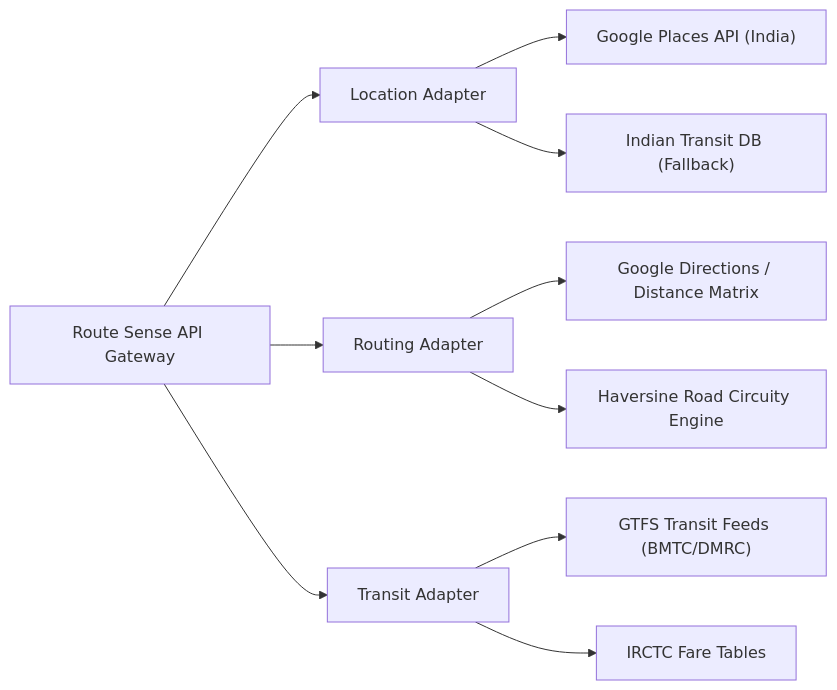
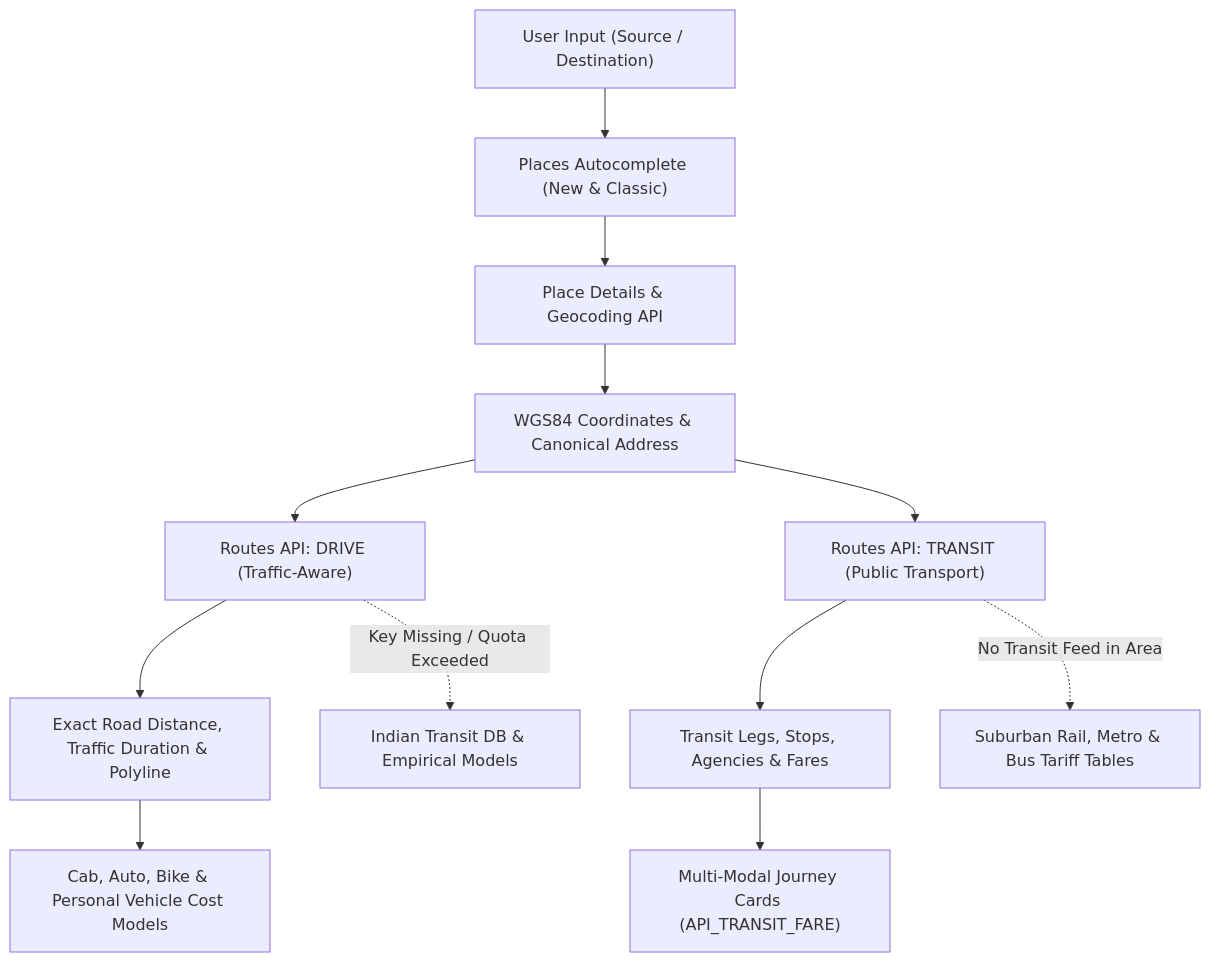
The diagram in docs/PROVIDER_INTEGRATIONS.md (devanshsoni1094-lang/Route_Sense_Intelligent_public_transport_analytics_system), drawn with Mermaid before and after one commit. The commit also changed other lines of this file and 17 other files, not shown here.

Commit message:
feat: Integrate Google Maps Platform (Places Autocomplete, Routes API, Public Transit, and Geocoding)

````diff
--- a/docs/PROVIDER_INTEGRATIONS.md
+++ b/docs/PROVIDER_INTEGRATIONS.md
@@ -11,15 +11,18 @@
 ```mermaid
-flowchart LR
-    API["Route Sense API Gateway"] --> LocAdapter["Location Adapter"]
-    API --> RouteAdapter["Routing Adapter"]
-    API --> TransitAdapter["Transit Adapter"]
+flowchart TD
+    UserQuery["User Input (Source / Destination)"] --> AutocompleteAPI["Places Autocomplete (New & Classic)"]
+    AutocompleteAPI --> PlaceDetailsAPI["Place Details & Geocoding API"]
+    PlaceDetailsAPI --> CanonicalCoords["WGS84 Coordinates & Canonical Address"]
     
-    LocAdapter --> GooglePlaces["Google Places API (India)"]
-    LocAdapter --> TransitDB["Indian Transit DB (Fallback)"]
+    CanonicalCoords --> RoutesAPIDrive["Routes API: DRIVE (Traffic-Aware)"]
+    CanonicalCoords --> RoutesAPITransit["Routes API: TRANSIT (Public Transport)"]
     
-    RouteAdapter --> GoogleRoutes["Google Directions / Distance Matrix"]
-    RouteAdapter --> HaversineEngine["Haversine Road Circuity Engine"]
+    RoutesAPIDrive --> RoadMetrics["Exact Road Distance, Traffic Duration & Polyline"]
+    RoutesAPITransit --> TransitMetrics["Transit Legs, Stops, Agencies & Fares"]
     
-    TransitAdapter --> GTFS["GTFS Transit Feeds (BMTC/DMRC)"]
-    TransitAdapter --> IRCTC["IRCTC Fare Tables"]
+    RoadMetrics --> CabAutoPricing["Cab, Auto, Bike & Personal Vehicle Cost Models"]
+    TransitMetrics --> MultiModalCard["Multi-Modal Journey Cards (API_TRANSIT_FARE)"]
+    
+    RoutesAPIDrive -.->|Key Missing / Quota Exceeded| LocalFallback["Indian Transit DB & Empirical Models"]
+    RoutesAPITransit -.->|No Transit Feed in Area| LocalTransit["Suburban Rail, Metro & Bus Tariff Tables"]
 ```
````
